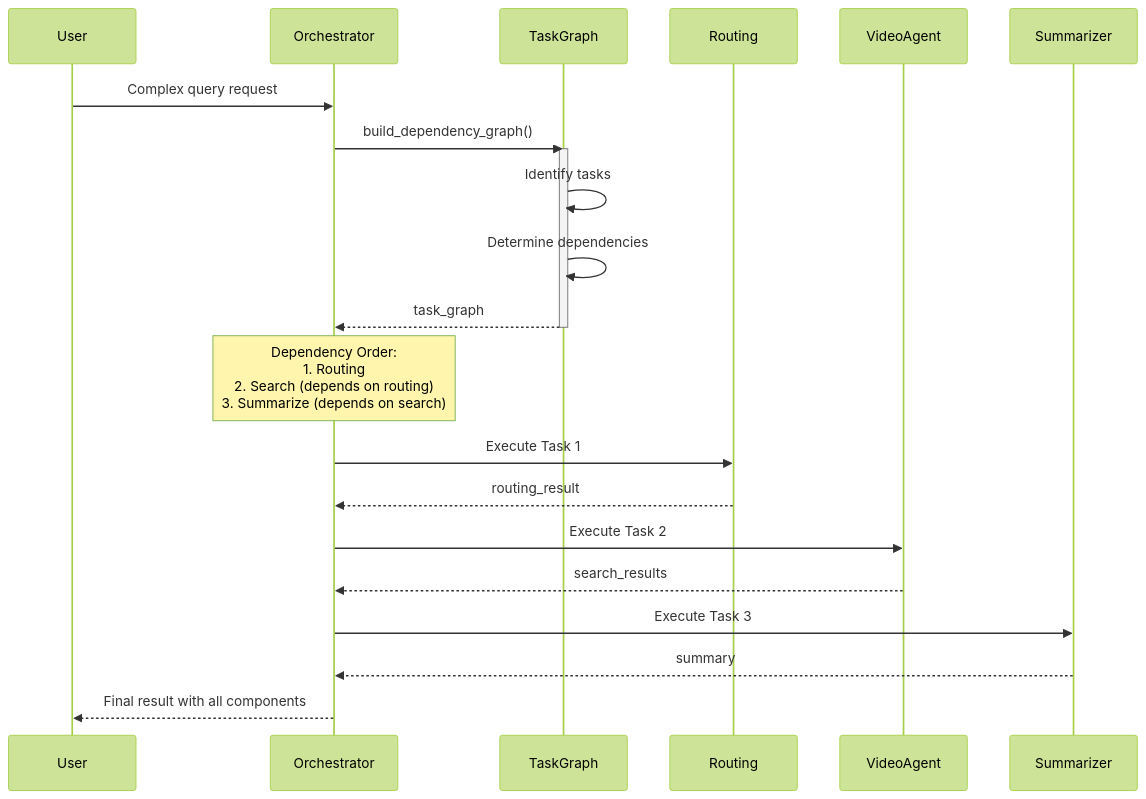
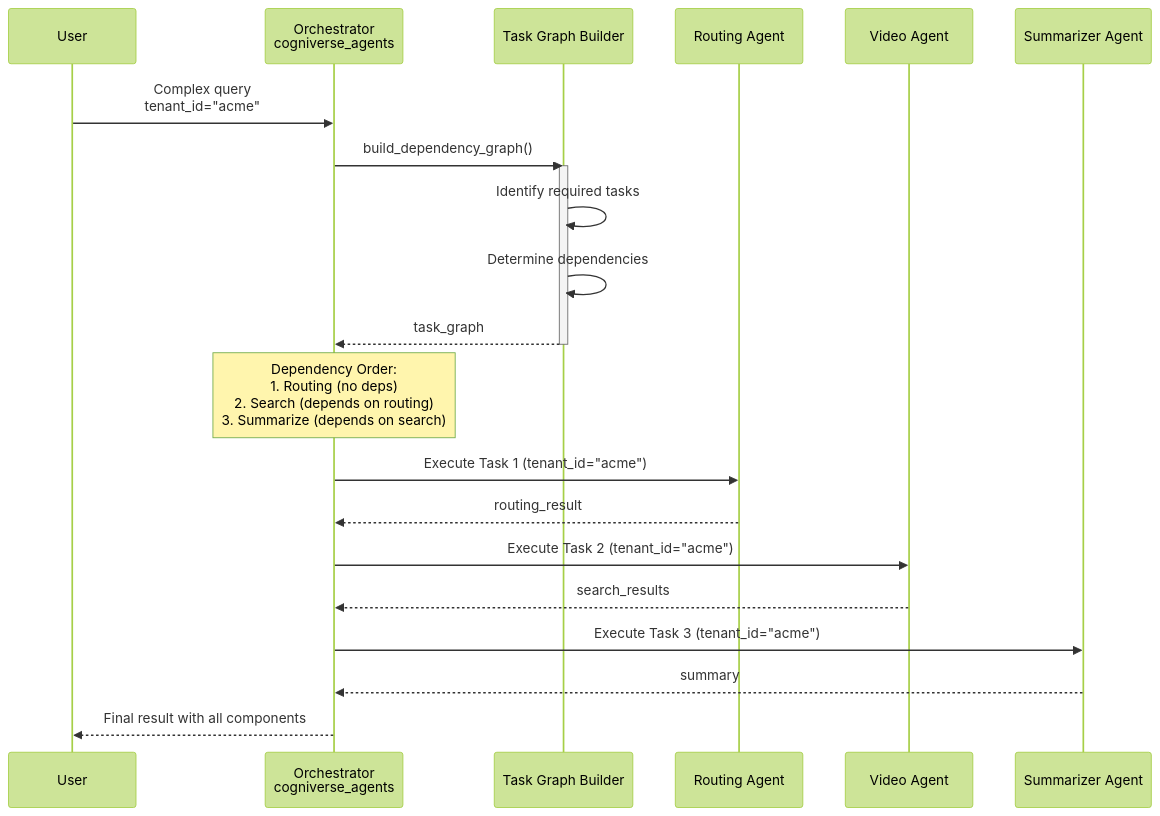
Before and after one commit to amit-jain/cogniverse: the seventh of 25 diagrams in docs/architecture/system-flows.md, drawn with Mermaid (forest theme). The commit also changed other lines of this file and 25 other files, not shown here.

````diff
--- a/docs/architecture/system-flows.md
+++ b/docs/architecture/system-flows.md
@@ -263,31 +306,31 @@
 ```mermaid
 sequenceDiagram
     participant User
-    participant Orchestrator
-    participant TaskGraph
-    participant Routing
-    participant VideoAgent
-    participant Summarizer
+    participant Orchestrator as Orchestrator<br/>cogniverse_agents
+    participant TaskGraph as Task Graph Builder
+    participant Routing as Routing Agent
+    participant VideoAgent as Video Agent
+    participant Summarizer as Summarizer Agent
 
-    User->>Orchestrator: Complex query request
+    User->>Orchestrator: Complex query<br/>tenant_id="acme"
 
     Orchestrator->>TaskGraph: build_dependency_graph()
     activate TaskGraph
-    TaskGraph->>TaskGraph: Identify tasks
+    TaskGraph->>TaskGraph: Identify required tasks
     TaskGraph->>TaskGraph: Determine dependencies
     TaskGraph-->>Orchestrator: task_graph
     deactivate TaskGraph
 
-    Note over Orchestrator: Dependency Order:<br/>1. Routing<br/>2. Search (depends on routing)<br/>3. Summarize (depends on search)
+    Note over Orchestrator: Dependency Order:<br/>1. Routing (no deps)<br/>2. Search (depends on routing)<br/>3. Summarize (depends on search)
 
-    Orchestrator->>Routing: Execute Task 1
+    Orchestrator->>Routing: Execute Task 1 (tenant_id="acme")
     Routing-->>Orchestrator: routing_result
 
-    Orchestrator->>VideoAgent: Execute Task 2
+    Orchestrator->>VideoAgent: Execute Task 2 (tenant_id="acme")
     VideoAgent-->>Orchestrator: search_results
 
-    Orchestrator->>Summarizer: Execute Task 3
+    Orchestrator->>Summarizer: Execute Task 3 (tenant_id="acme")
     Summarizer-->>Orchestrator: summary
 
     Orchestrator-->>User: Final result with all components
 ```
````
